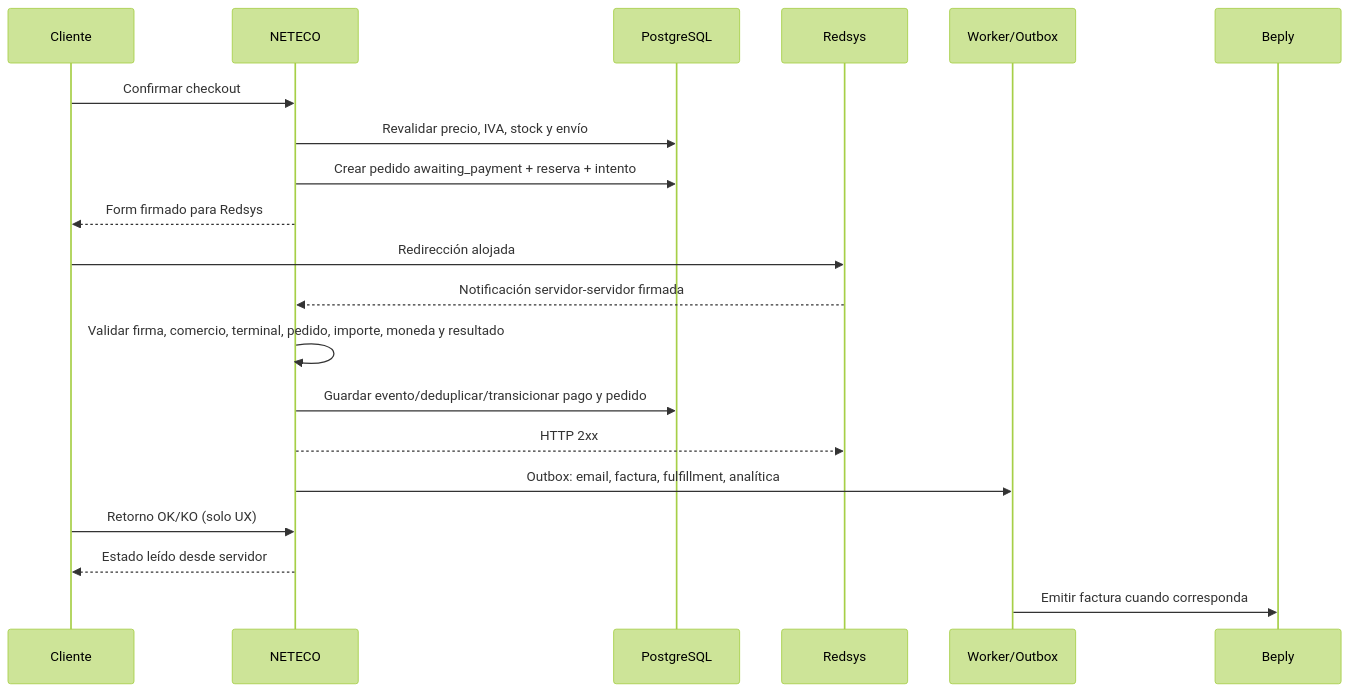
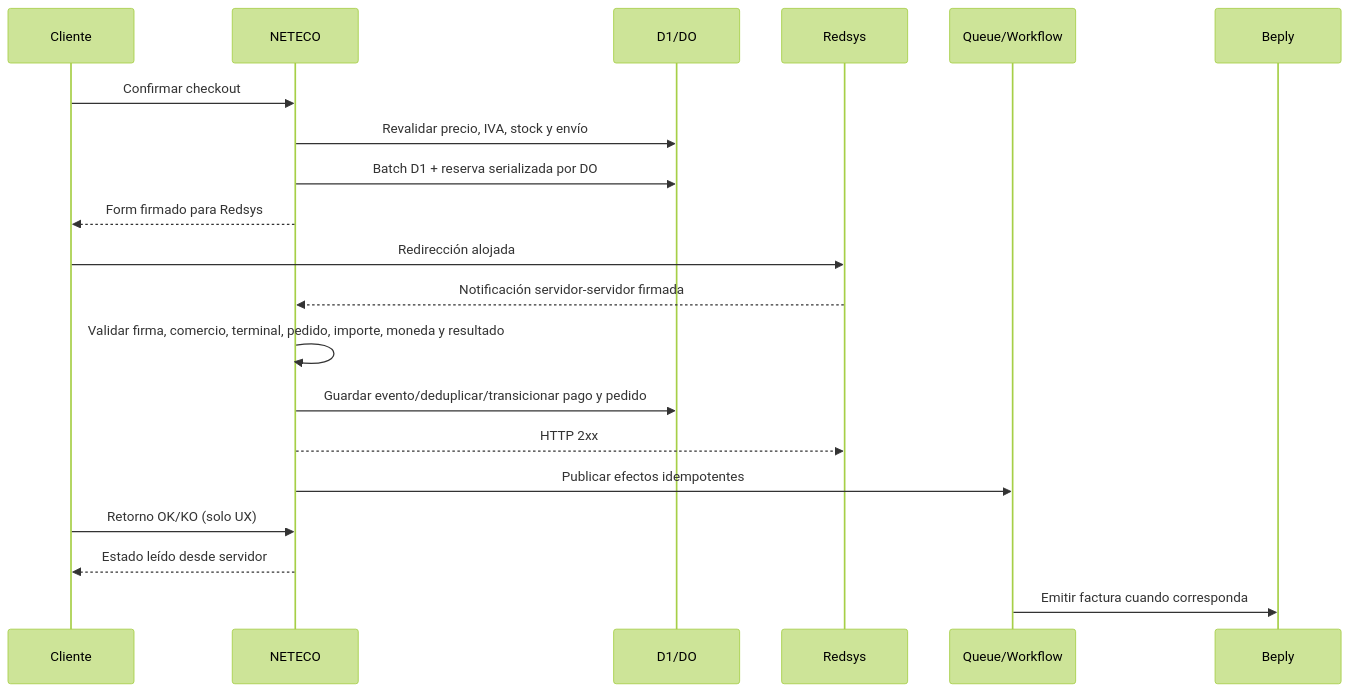
Before and after one commit to tonomolla6/neteco: the first of 3 diagrams in INFORME_MAESTRO_NETECO_PRODUCCION.md, drawn with Mermaid (forest theme). The commit also changed other lines of this file, not shown here.

Commit message:
docs: adapt production roadmap to Cloudflare

````diff
--- a/INFORME_MAESTRO_NETECO_PRODUCCION.md
+++ b/INFORME_MAESTRO_NETECO_PRODUCCION.md
@@ -1426,23 +1457,23 @@
 ```mermaid
 sequenceDiagram
     participant C as Cliente
     participant N as NETECO
-    participant DB as PostgreSQL
+    participant DB as D1/DO
     participant R as Redsys
-    participant W as Worker/Outbox
+    participant W as Queue/Workflow
     participant B as Beply
 
     C->>N: Confirmar checkout
     N->>DB: Revalidar precio, IVA, stock y envío
-    N->>DB: Crear pedido awaiting_payment + reserva + intento
+    N->>DB: Batch D1 + reserva serializada por DO
     N-->>C: Form firmado para Redsys
     C->>R: Redirección alojada
     R-->>N: Notificación servidor-servidor firmada
     N->>N: Validar firma, comercio, terminal, pedido, importe, moneda y resultado
     N->>DB: Guardar evento/deduplicar/transicionar pago y pedido
     N-->>R: HTTP 2xx
-    N->>W: Outbox: email, factura, fulfillment, analítica
+    N->>W: Publicar efectos idempotentes
     C->>N: Retorno OK/KO (solo UX)
     N-->>C: Estado leído desde servidor
     W->>B: Emitir factura cuando corresponda
 ```
````
